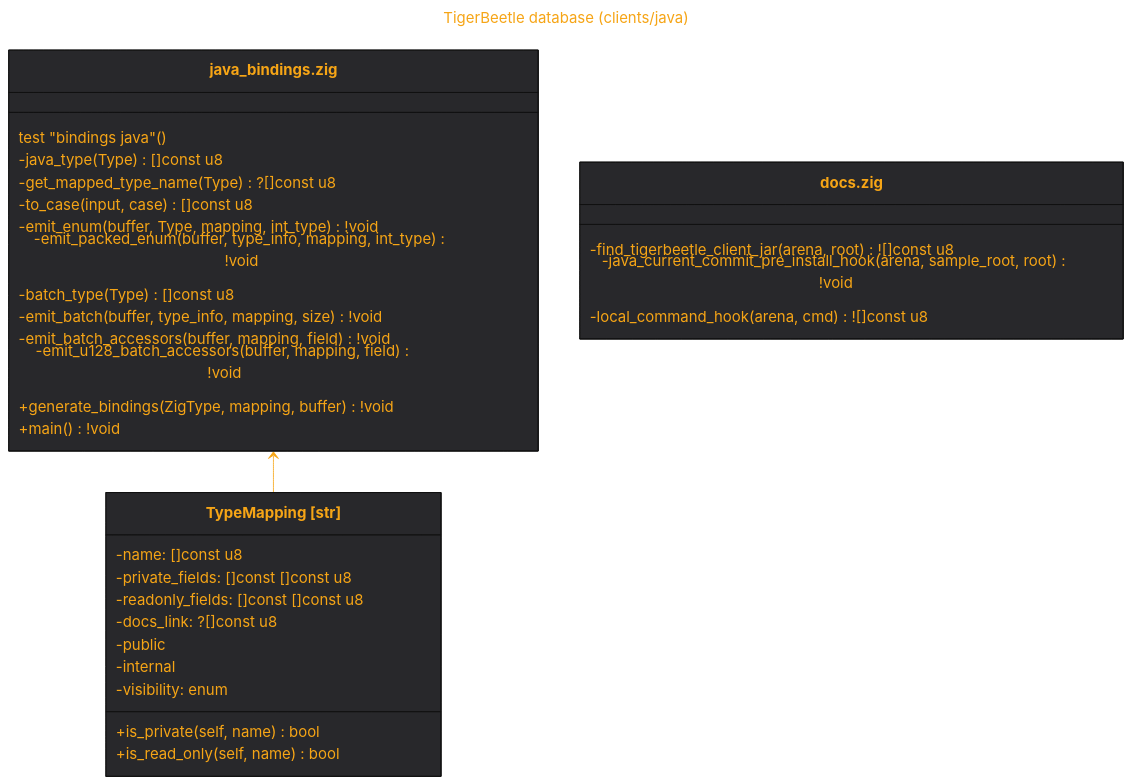
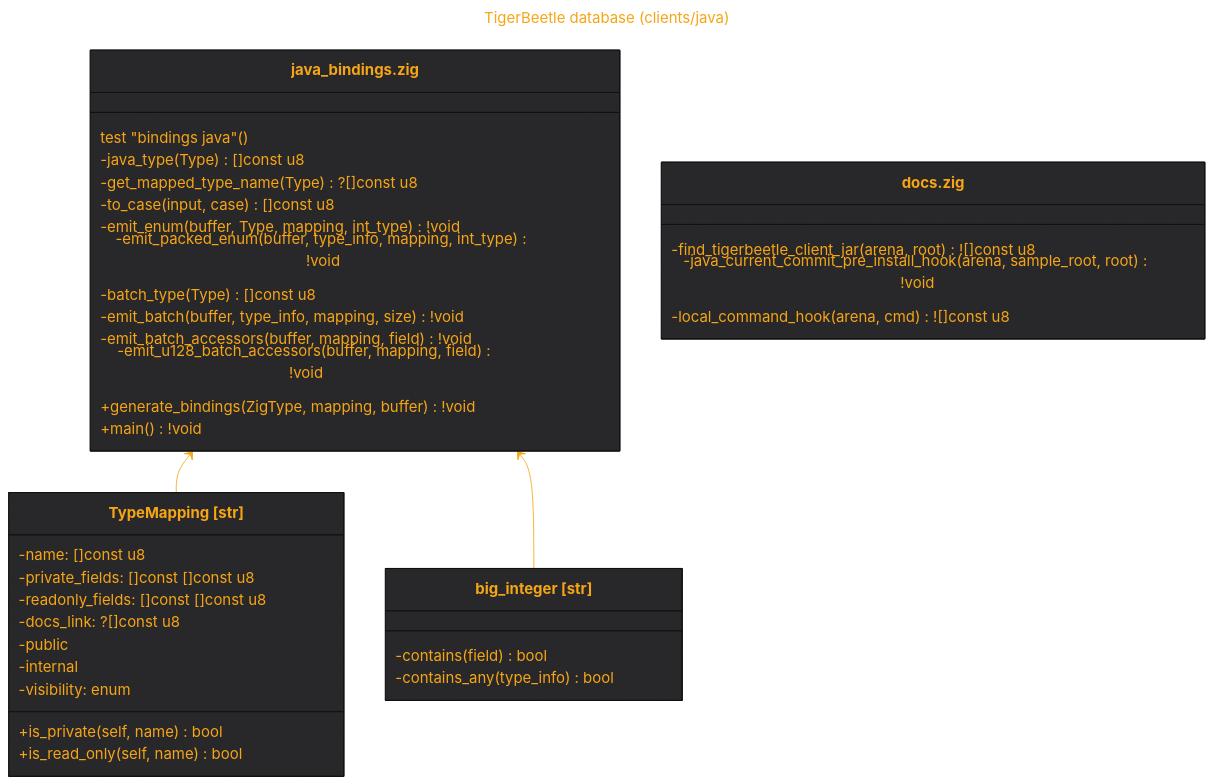
One commit to tensorush/meduza changed the diagram in out/src.clients.java.md. Above: the diagram before and after it, drawn with Mermaid. The commit also changed 9 other files, not shown here.

````diff
--- a/out/src.clients.java.md
+++ b/out/src.clients.java.md
@@ -1,52 +1,58 @@
 ```mermaid
 ---
 title: TigerBeetle database (clients/java)
 ---
 %%{
     init: {
         'theme': 'base',
         'themeVariables': {
             'fontSize': '18px',
             'fontFamily': 'arial',
             'lineColor': '#F6A516',
             'primaryColor': '#28282B',
             'primaryTextColor': '#F6A516'
         }
     }
 }%%
 classDiagram
 class TypeMapping["TypeMapping [str]"] {
     -name: []const u8
     -private_fields: []const []const u8
     -readonly_fields: []const []const u8
     -docs_link: ?[]const u8
     -public
     -internal
     -visibility: enum
     +is_private(self, name) bool
     +is_read_only(self, name) bool
 }
 link TypeMapping "https://github.com/tigerbeetle/tigerbeetle/blob/main/src/clients/java/java_bindings.zig#L10"
+class big_integer["big_integer [str]"] {
+    -contains(field) bool
+    -contains_any(type_info) bool
+}
+link big_integer "https://github.com/tigerbeetle/tigerbeetle/blob/main/src/clients/java/java_bindings.zig#L36"
 class `java_bindings.zig` {
     test "bindings java"()
     -java_type(Type) []const u8
     -get_mapped_type_name(Type) ?[]const u8
     -to_case(input, case) []const u8
     -emit_enum(buffer, Type, mapping, int_type) !void
     -emit_packed_enum(buffer, type_info, mapping, int_type) !void
     -batch_type(Type) []const u8
     -emit_batch(buffer, type_info, mapping, size) !void
     -emit_batch_accessors(buffer, mapping, field) !void
     -emit_u128_batch_accessors(buffer, mapping, field) !void
     +generate_bindings(ZigType, mapping, buffer) !void
     +main() !void
 }
 `java_bindings.zig` <-- TypeMapping
+`java_bindings.zig` <-- big_integer
 link `java_bindings.zig` "https://github.com/tigerbeetle/tigerbeetle/blob/main/src/clients/java/java_bindings.zig"
 class `docs.zig` {
     -find_tigerbeetle_client_jar(arena, root) ![]const u8
     -java_current_commit_pre_install_hook(arena, sample_root, root) !void
     -local_command_hook(arena, cmd) ![]const u8
 }
 link `docs.zig` "https://github.com/tigerbeetle/tigerbeetle/blob/main/src/clients/java/docs.zig"
 ```
````
